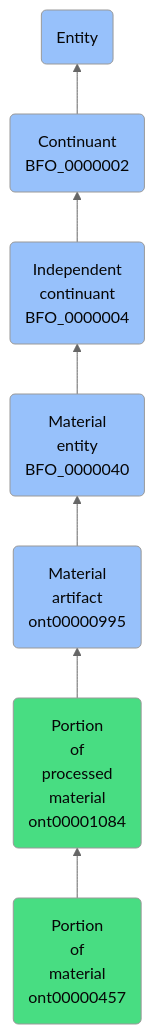
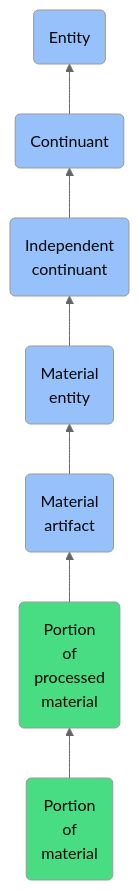
Before and after one commit to jupyter-naas/abi: the diagram in docs/ontology/reference/model/Entity/Continuant/Independent continuant/Material entity/Material artifact/Portion of processed material/Portion of material/Portion of material.md, drawn with Mermaid (neutral theme). The commit also changed other lines of this file and 1430 other files, not shown here.

````diff
--- a/docs/ontology/reference/model/Entity/Continuant/Independent continuant/Material entity/Material artifact/Portion of processed material/Portion of material/Portion of material.md
+++ b/docs/ontology/reference/model/Entity/Continuant/Independent continuant/Material entity/Material artifact/Portion of processed material/Portion of material/Portion of material.md
@@ -24,14 +24,14 @@
 ```mermaid
 graph BT
-    ont00000457(Portion<br>of<br>material<br>ont00000457):::ABI-->ont00001084
-    ont00001084(Portion<br>of<br>processed<br>material<br>ont00001084):::ABI-->ont00000995
-    ont00000995(Material<br>artifact<br>ont00000995):::BFO-->BFO_0000040
-    BFO_0000040(Material<br>entity<br>BFO_0000040):::BFO-->BFO_0000004
-    BFO_0000004(Independent<br>continuant<br>BFO_0000004):::BFO-->BFO_0000002
-    BFO_0000002(Continuant<br>BFO_0000002):::BFO-->BFO_0000001
+    ont00000457(Portion<br>of<br>material):::ABI-->ont00001084
+    ont00001084(Portion<br>of<br>processed<br>material):::ABI-->ont00000995
+    ont00000995(Material<br>artifact):::BFO-->BFO_0000040
+    BFO_0000040(Material<br>entity):::BFO-->BFO_0000004
+    BFO_0000004(Independent<br>continuant):::BFO-->BFO_0000002
+    BFO_0000002(Continuant):::BFO-->BFO_0000001
     BFO_0000001(Entity):::BFO
     
     classDef BFO fill:#97c1fb,color:#060606
     classDef CCO fill:#e4c51e,color:#060606
     classDef ABI fill:#48DD82,color:#060606
 ```
````
